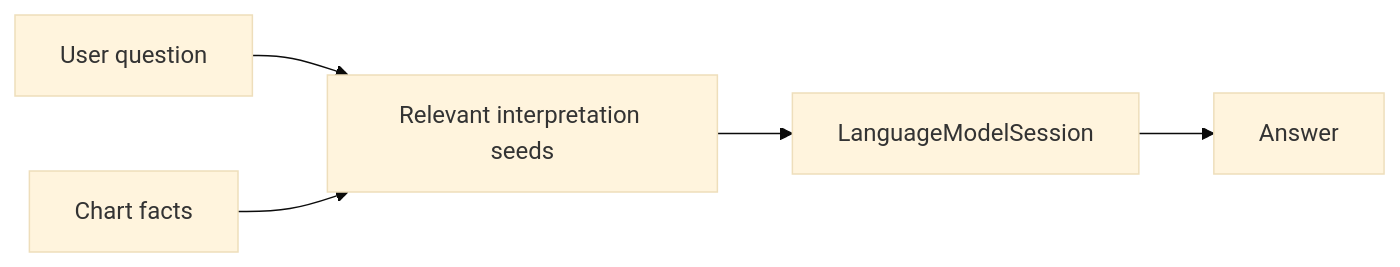
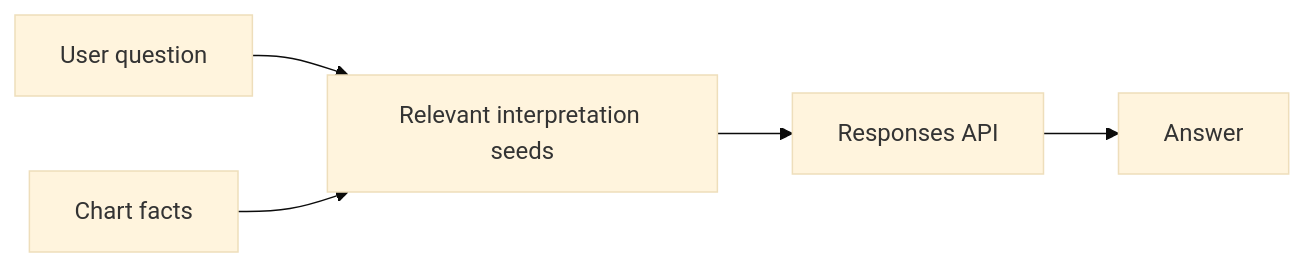
The fourth of 5 diagrams in PRODUCT.md (narumiruna/mighty-zi-wei), drawn with Mermaid (base theme) before and after one commit. The commit also changed other lines of this file and 21 other files, not shown here.

Commit message:
feat(ai): use OpenAI-compatible Responses API

````diff
--- a/PRODUCT.md
+++ b/PRODUCT.md
@@ -531,13 +544,13 @@
 ```mermaid
 flowchart LR
     Question["User question"]
     Facts["Chart facts"]
     Seeds["Relevant interpretation seeds"]
-    Session["LanguageModelSession"]
+    API["Responses API"]
     Answer["Answer"]
 
     Question --> Seeds
     Facts --> Seeds
-    Seeds --> Session
-    Session --> Answer
+    Seeds --> API
+    API --> Answer
 ```
````
